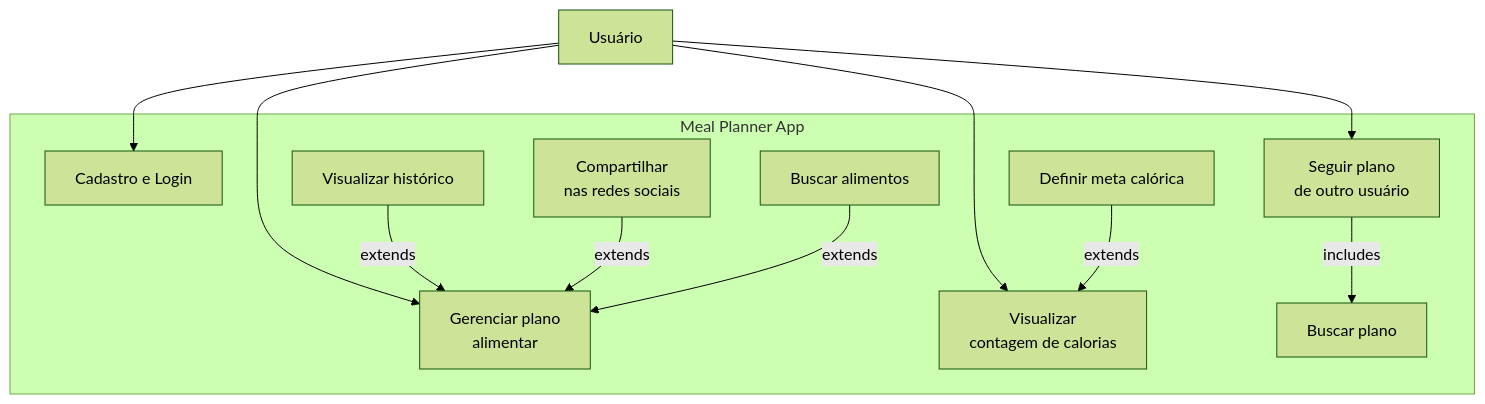
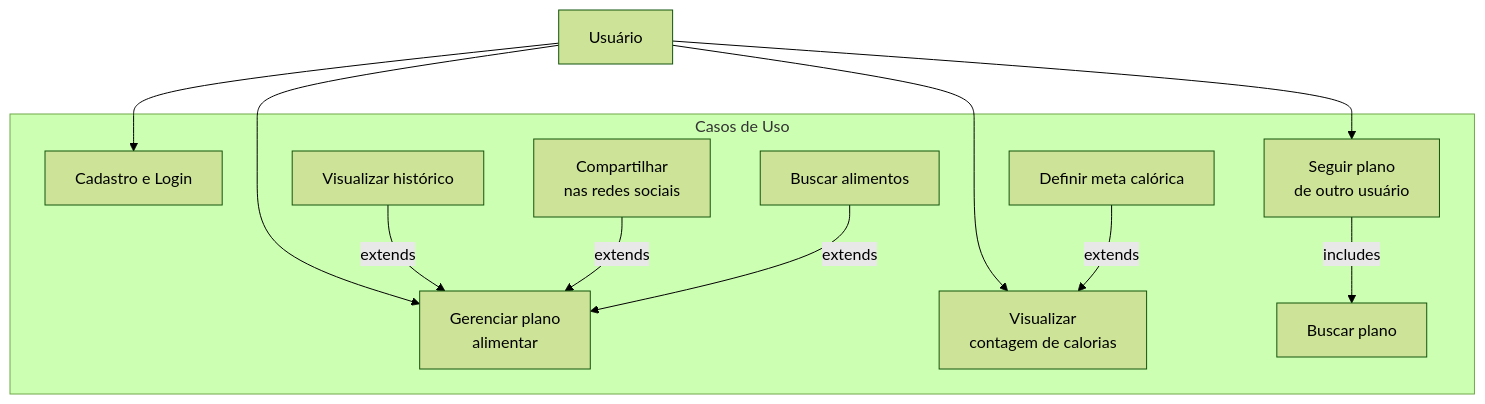
The first of 2 diagrams in docs/02-Especificação do Projeto.md (ICEI-PUC-Minas-PMV-ADS/pmv-ads-2023-2-e3-proj-mov-t3-time4-fit), drawn with Mermaid (forest theme) before and after one commit. The commit also changed other lines of this file, not shown here.

Commit message:
Update 02-Especificação do Projeto.md

````diff
--- a/docs/02-Especificação do Projeto.md
+++ b/docs/02-Especificação do Projeto.md
@@ -119,18 +119,18 @@
 ```mermaid
 graph TD
     A[Usuário] --> B
     A --> C
     A --> D
     A --> F
 
-    subgraph Meal Planner App
+    subgraph Casos de Uso
        B[Cadastro e Login]
        C[Gerenciar plano <br>alimentar]
        D[Seguir plano <br> de outro usuário] -->|includes| I[Buscar plano]
        E[Visualizar histórico] -->|extends| C
        F[Visualizar <br>contagem de calorias] 
        G[Definir meta calórica] -->|extends| F
        H[Compartilhar <br>nas redes sociais] -->|extends| C
        J[Buscar alimentos] -->|extends| C
     end
 ```
````
